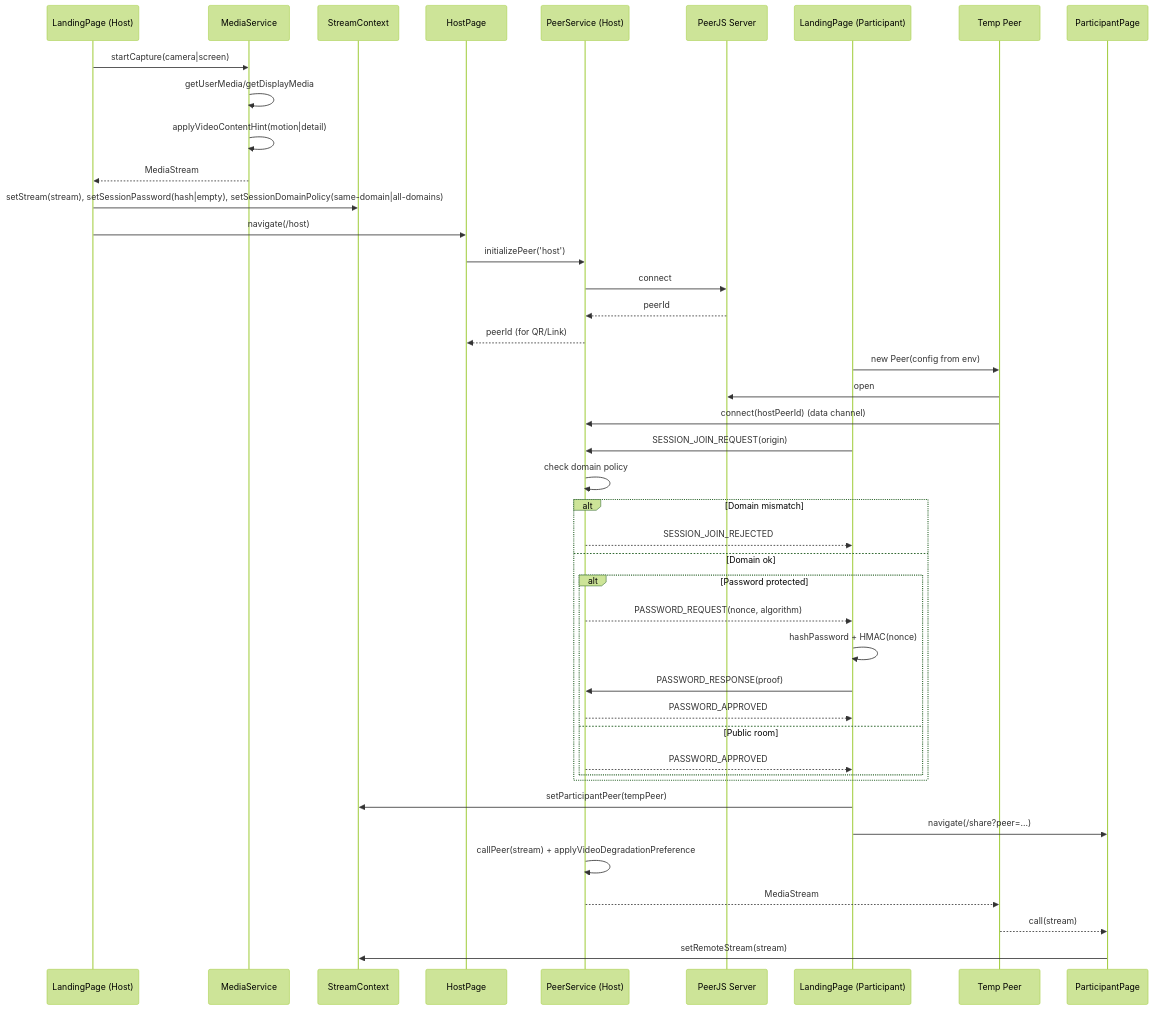
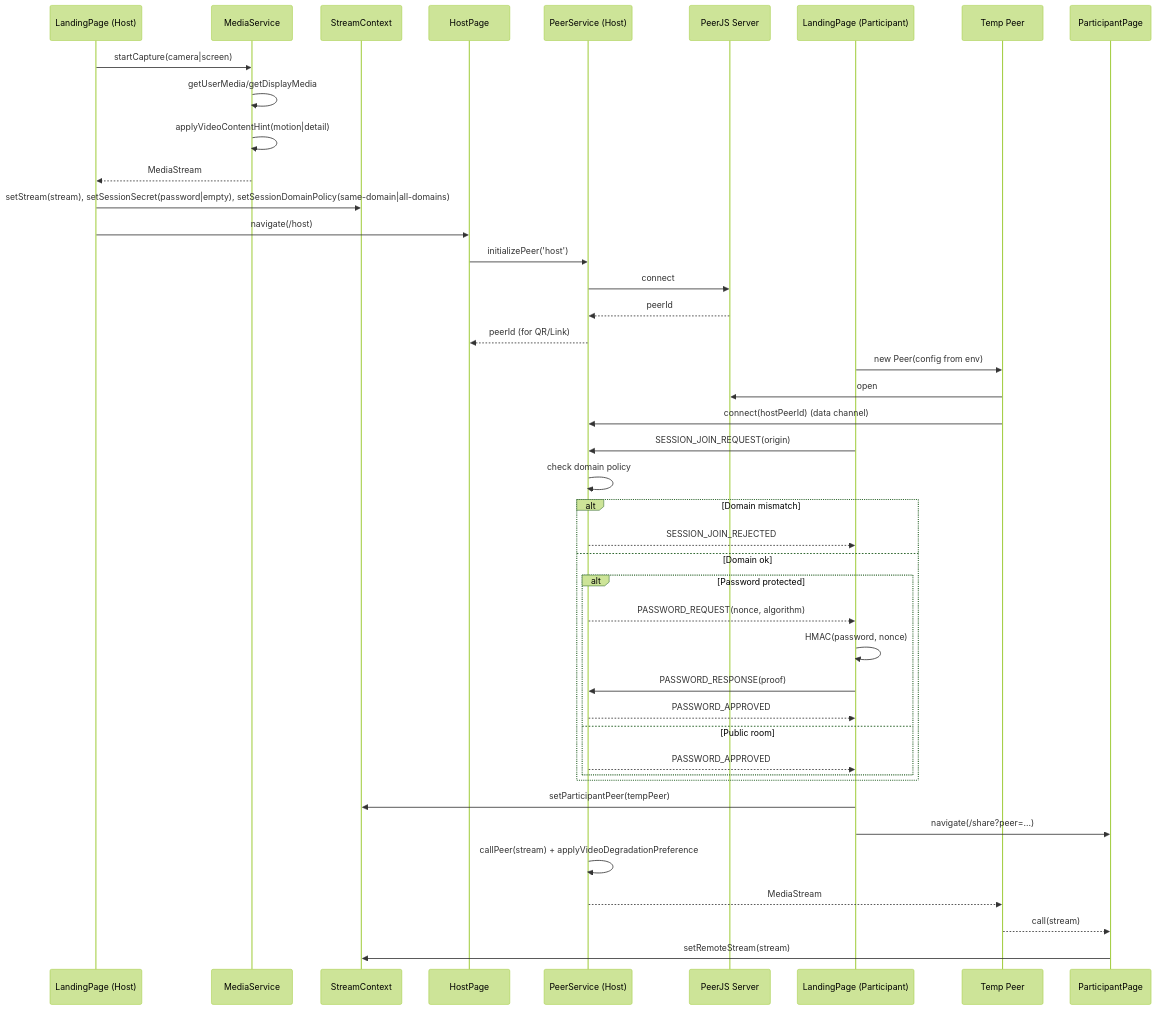
The first of 9 diagrams in ARCHITECTURE.md (BackGwa/Perspective), drawn with Mermaid (forest theme) before and after one commit. The commit also changed other lines of this file and 7 other files, not shown here.

````diff
--- a/ARCHITECTURE.md
+++ b/ARCHITECTURE.md
@@ -8,50 +8,50 @@
 ```mermaid
 sequenceDiagram
     participant HostLP as LandingPage (Host)
     participant MS as MediaService
     participant SC as StreamContext
     participant HostPage as HostPage
     participant PS as PeerService (Host)
     participant Server as PeerJS Server
     participant PartLP as LandingPage (Participant)
     participant PPeer as Temp Peer
     participant PartPage as ParticipantPage
 
     HostLP->>MS: startCapture(camera|screen)
     MS->>MS: getUserMedia/getDisplayMedia
     MS->>MS: applyVideoContentHint(motion|detail)
     MS-->>HostLP: MediaStream
-    HostLP->>SC: setStream(stream), setSessionPassword(hash|empty), setSessionDomainPolicy(same-domain|all-domains)
+    HostLP->>SC: setStream(stream), setSessionSecret(password|empty), setSessionDomainPolicy(same-domain|all-domains)
     HostLP->>HostPage: navigate(/host)
 
     HostPage->>PS: initializePeer('host')
     PS->>Server: connect
     Server-->>PS: peerId
     PS-->>HostPage: peerId (for QR/Link)
 
     PartLP->>PPeer: new Peer(config from env)
     PPeer->>Server: open
     PPeer->>PS: connect(hostPeerId) (data channel)
     PartLP->>PS: SESSION_JOIN_REQUEST(origin)
     PS->>PS: check domain policy
 
     alt Domain mismatch
         PS-->>PartLP: SESSION_JOIN_REJECTED
     else Domain ok
         alt Password protected
             PS-->>PartLP: PASSWORD_REQUEST(nonce, algorithm)
-            PartLP->>PartLP: hashPassword + HMAC(nonce)
+            PartLP->>PartLP: HMAC(password, nonce)
             PartLP->>PS: PASSWORD_RESPONSE(proof)
             PS-->>PartLP: PASSWORD_APPROVED
         else Public room
             PS-->>PartLP: PASSWORD_APPROVED
         end
     end
 
     PartLP->>SC: setParticipantPeer(tempPeer)
     PartLP->>PartPage: navigate(/share?peer=...)
     PS->>PS: callPeer(stream) + applyVideoDegradationPreference
     PS-->>PPeer: MediaStream
     PPeer-->>PartPage: call(stream)
     PartPage->>SC: setRemoteStream(stream)
 ```
````
